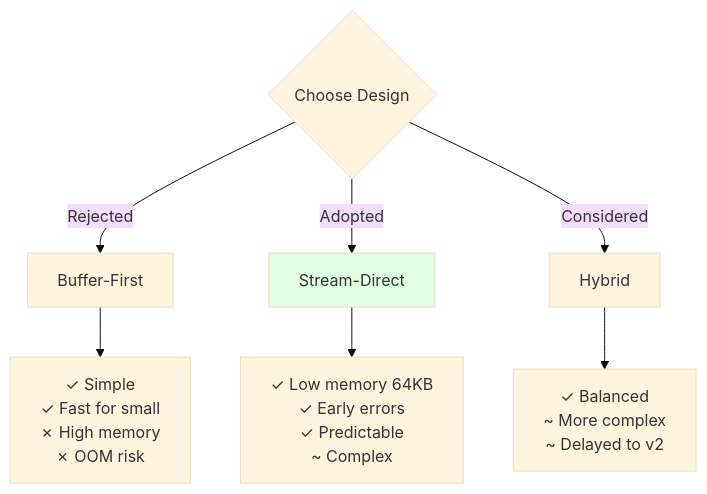
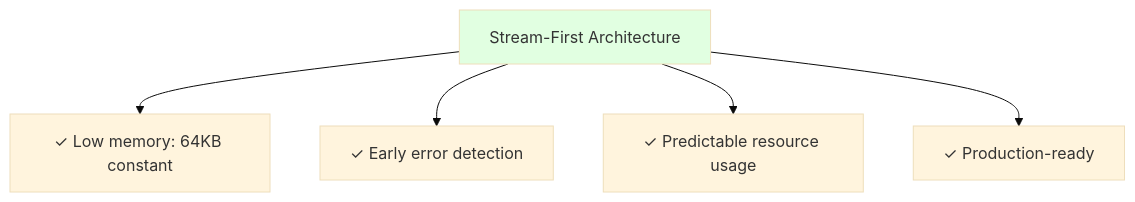
Diagram 21 of 52 in docs/explanation/ARCHITECTURE.md (photom/magicer), drawn with Mermaid (base theme) before and after one commit. The commit also changed other lines of this file and 2 other files, not shown here.

````diff
--- a/docs/explanation/ARCHITECTURE.md
+++ b/docs/explanation/ARCHITECTURE.md
@@ -1215,14 +1111,11 @@
 ```mermaid
 graph TB
-    Decision{Choose Design}
+    Design[Stream-First Architecture]
     
-    Decision -->|Rejected| D1[Buffer-First]
-    Decision -->|Adopted| D2[Stream-Direct]
-    Decision -->|Considered| D3[Hybrid]
+    Design --> P1[✓ Low memory: 64KB constant]
+    Design --> P2[✓ Early error detection]
+    Design --> P3[✓ Predictable resource usage]
+    Design --> P4[✓ Production-ready]
     
-    D1 --> P1[✓ Simple<br/>✓ Fast for small<br/>✗ High memory<br/>✗ OOM risk]
-    D2 --> P2[✓ Low memory 64KB<br/>✓ Early errors<br/>✓ Predictable<br/>~ Complex]
-    D3 --> P3[✓ Balanced<br/>~ More complex<br/>~ Delayed to v2]
-    
-    style D2 fill:#e1ffe1
+    style Design fill:#e1ffe1
 ```
````
